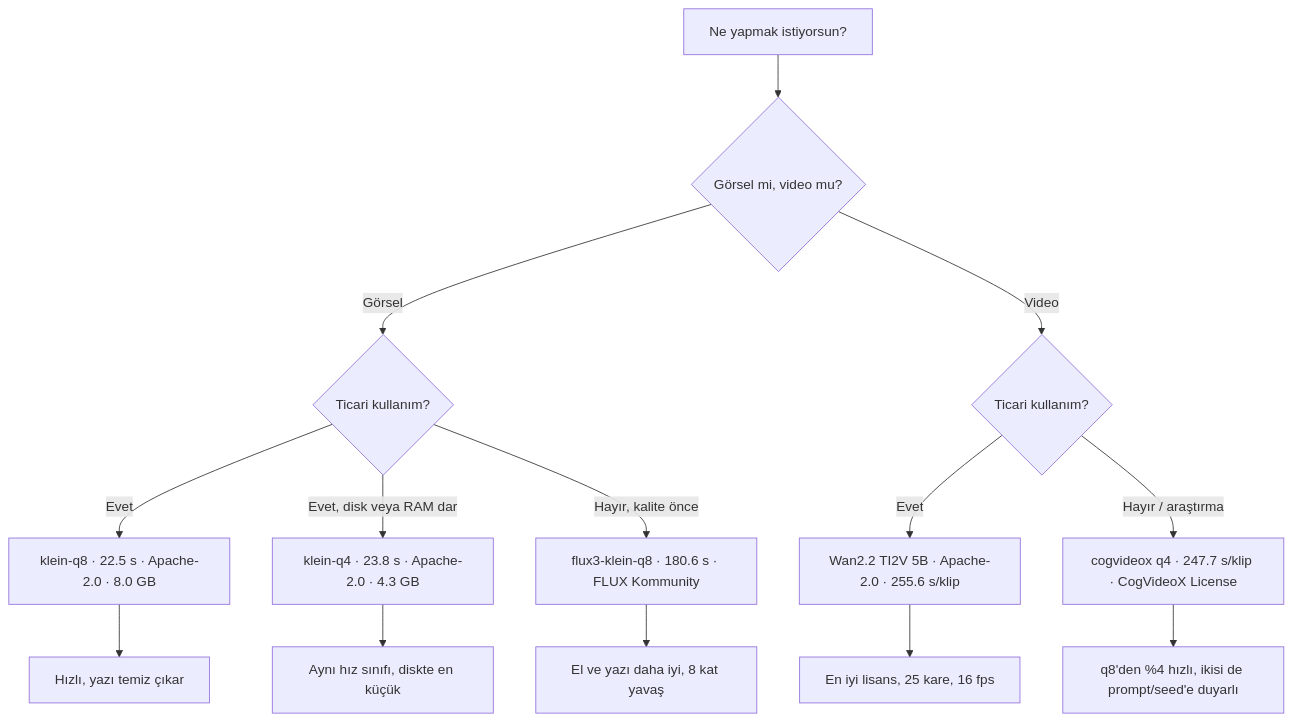
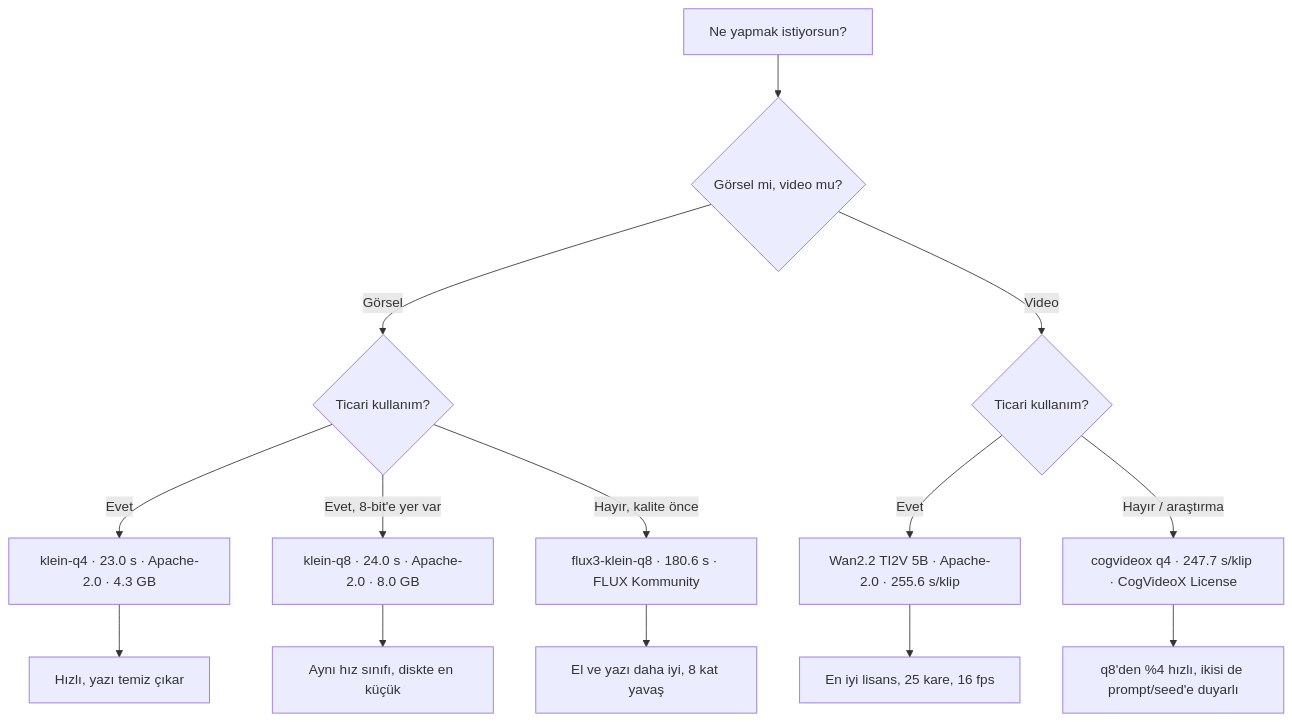
The diagram in README.tr.md (mahirfatih/local-generation-benchmark-m1-max), drawn with Mermaid before and after one commit. The commit also changed other lines of this file and 29 other files, not shown here.

````diff
--- a/README.tr.md
+++ b/README.tr.md
@@ -57,16 +57,16 @@
 ```mermaid
 flowchart TD
     A[Ne yapmak istiyorsun?] --> B{Görsel mi, video mu?}
     B -->|Görsel| C{Ticari kullanım?}
     B -->|Video| D{Ticari kullanım?}
-    C -->|Evet| E[klein-q8 · 22.5 s · Apache-2.0 · 8.0 GB]
-    C -->|Evet, disk veya RAM dar| E4[klein-q4 · 23.8 s · Apache-2.0 · 4.3 GB]
+    C -->|Evet| E[klein-q4 · 23.0 s · Apache-2.0 · 4.3 GB]
+    C -->|Evet, 8-bit'e yer var| E4[klein-q8 · 24.0 s · Apache-2.0 · 8.0 GB]
     C -->|Hayır, kalite önce| F[flux3-klein-q8 · 180.6 s · FLUX Kommunity]
     D -->|Evet| G[Wan2.2 TI2V 5B · Apache-2.0 · 255.6 s/klip]
     D -->|Hayır / araştırma| H[cogvideox q4 · 247.7 s/klip · CogVideoX License]
     E --> I[Hızlı, yazı temiz çıkar]
     E4 --> I4[Aynı hız sınıfı, diskte en küçük]
     F --> J[El ve yazı daha iyi, 8 kat yavaş]
     G --> K[En iyi lisans, 25 kare, 16 fps]
     H --> L[q8'den %4 hızlı, ikisi de prompt/seed'e duyarlı]
 ```
````
